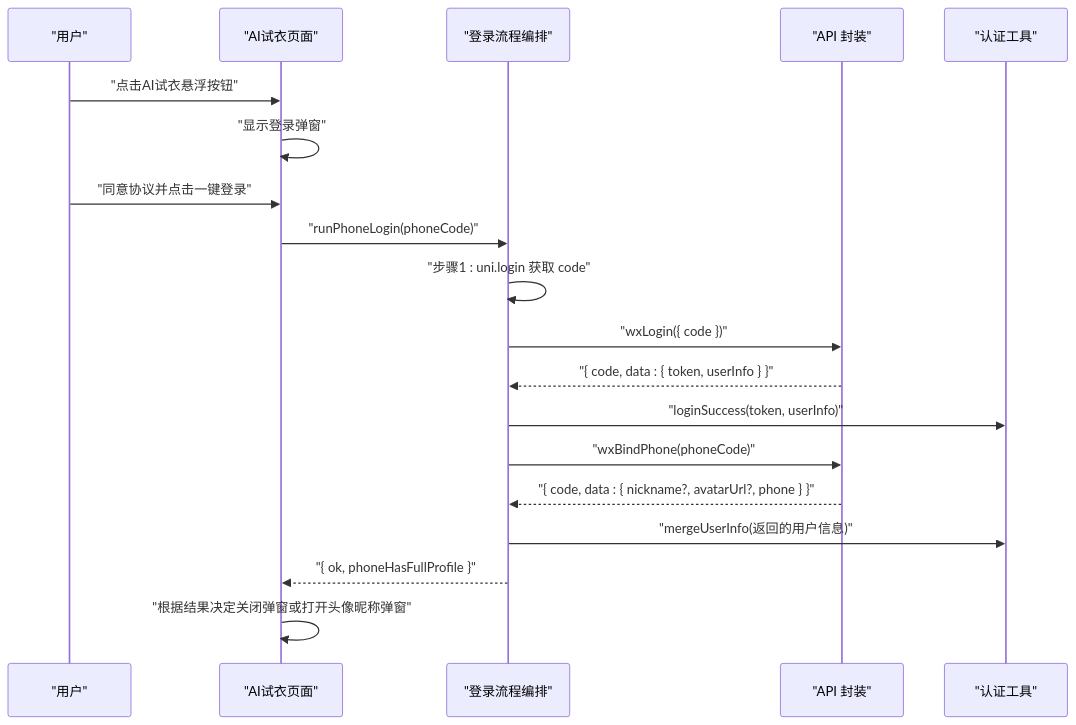
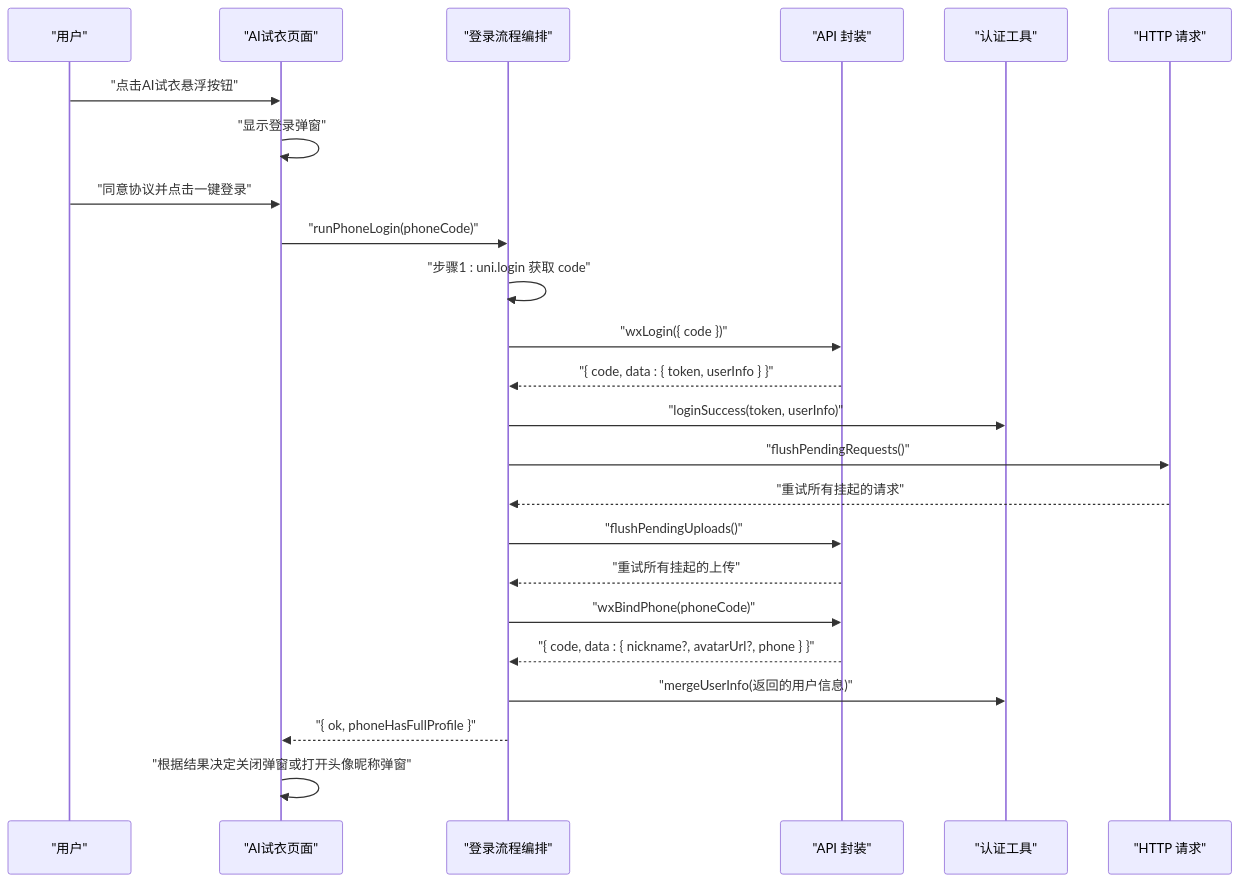
Before and after one commit to crazyma99/blueberry: the fourth of 13 diagrams in .qoder/repowiki/zh/content/核心功能模块/用户认证系统.md, drawn with Mermaid. The commit also changed other lines of this file and 7 other files, not shown here.

````diff
--- a/.qoder/repowiki/zh/content/核心功能模块/用户认证系统.md
+++ b/.qoder/repowiki/zh/content/核心功能模块/用户认证系统.md
@@ -245,21 +259,26 @@
 ```mermaid
 sequenceDiagram
 participant U as "用户"
 participant Page as "AI试衣页面"
 participant LF as "登录流程编排"
 participant API as "API 封装"
 participant Auth as "认证工具"
+participant Http as "HTTP 请求"
 U->>Page : "点击AI试衣悬浮按钮"
 Page->>Page : "显示登录弹窗"
 U->>Page : "同意协议并点击一键登录"
 Page->>LF : "runPhoneLogin(phoneCode)"
 LF->>LF : "步骤1 : uni.login 获取 code"
 LF->>API : "wxLogin({ code })"
 API-->>LF : "{ code, data : { token, userInfo } }"
 LF->>Auth : "loginSuccess(token, userInfo)"
+LF->>Http : "flushPendingRequests()"
+Http-->>LF : "重试所有挂起的请求"
+LF->>API : "flushPendingUploads()"
+API-->>LF : "重试所有挂起的上传"
 LF->>API : "wxBindPhone(phoneCode)"
 API-->>LF : "{ code, data : { nickname?, avatarUrl?, phone } }"
 LF->>Auth : "mergeUserInfo(返回的用户信息)"
 LF-->>Page : "{ ok, phoneHasFullProfile }"
 Page->>Page : "根据结果决定关闭弹窗或打开头像昵称弹窗"
 ```
````
